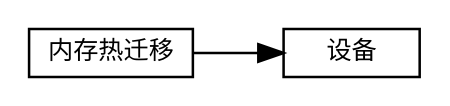
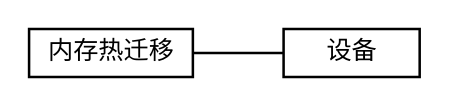
The diagram in 虚拟化/热迁移/1-内存热迁移.md (sisyphus1212/note), drawn with Graphviz before and after one commit.

Commit message:
auto_update

````diff
--- a/虚拟化/热迁移/1-内存热迁移.md
+++ b/虚拟化/热迁移/1-内存热迁移.md
@@ -11,14 +11,14 @@
 ```graphviz
 digraph 热迁移 {
 fontname="Helvetica,Arial,sans-serif"
 node [fontname="Helvetica,Arial,sans-serif"]
 edge [fontname="Helvetica,Arial,sans-serif"]
 rankdir="LR"
 node [fontsize=10, shape=box, height=0.25]
 edge [fontsize=10]
 内存热迁移 [label="内存热迁移"]
 设备 [label="设备"]
-内存热迁移 -> 设备
+内存热迁移 -> 设备 [arrowhead=none]
 
 }
 ```
````
